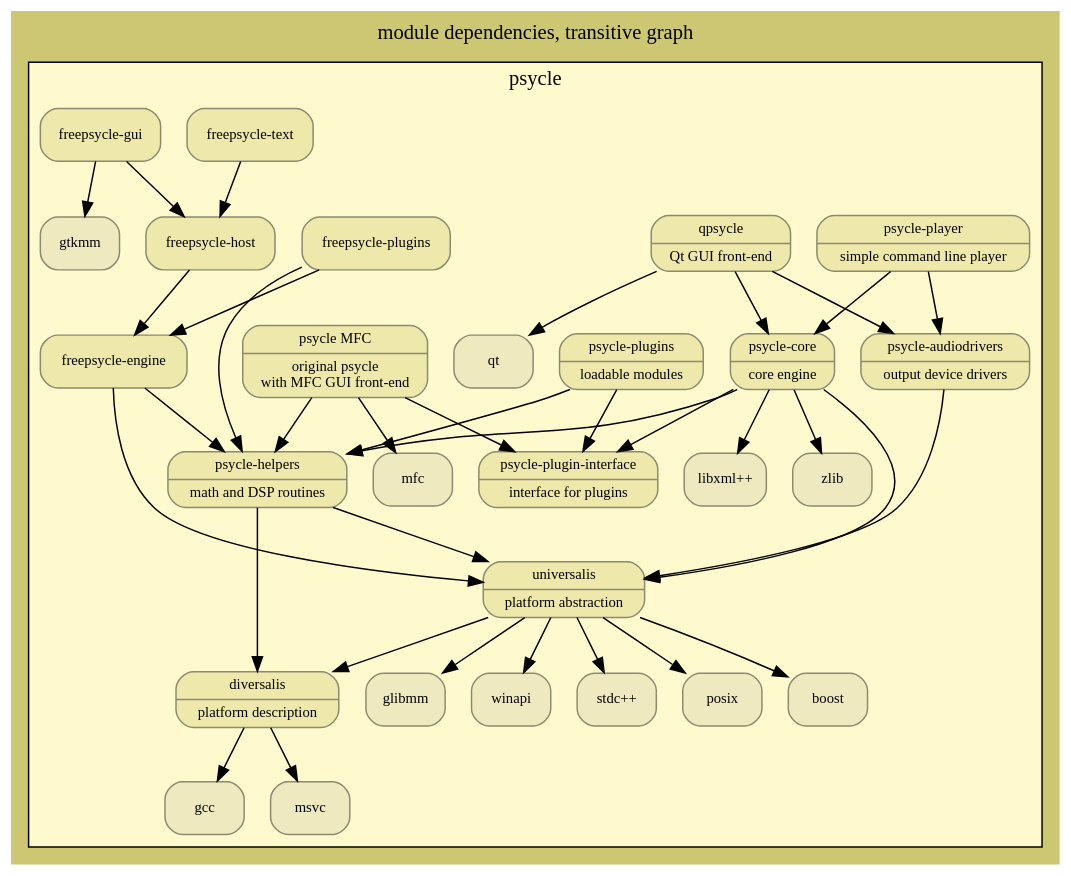
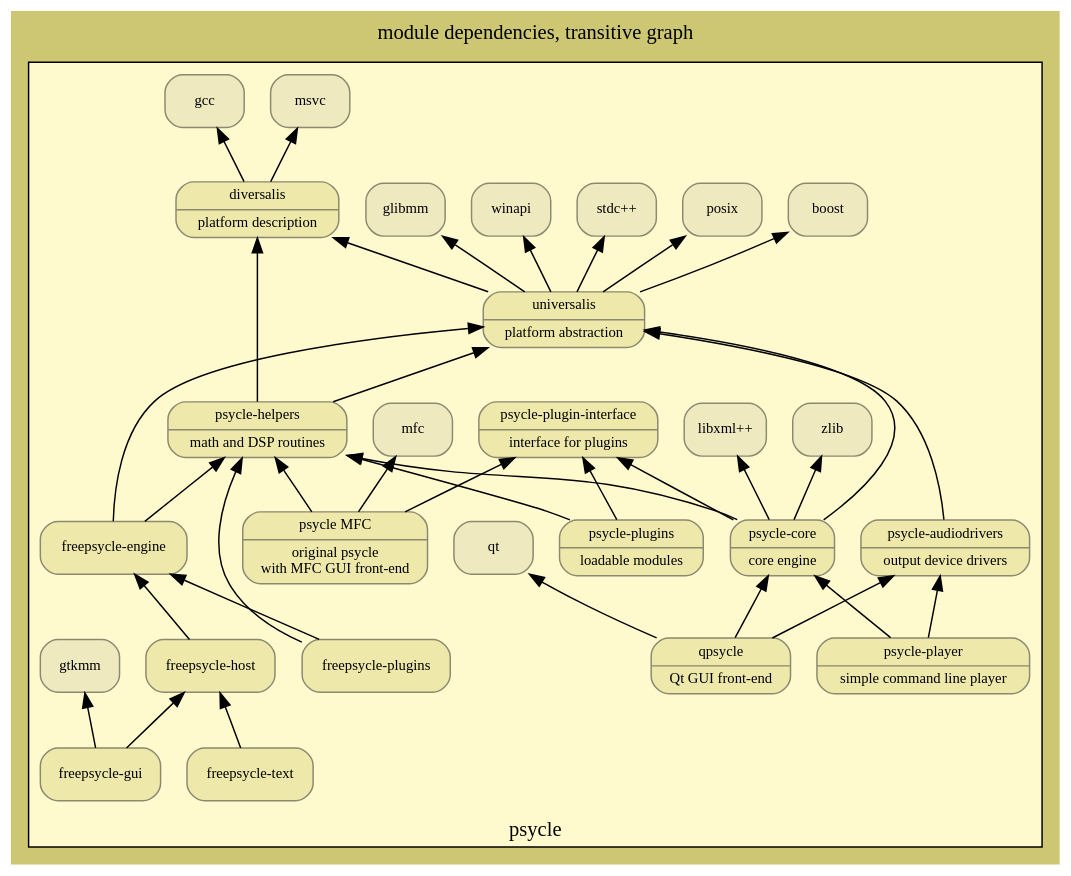
One commit to jpaquim/psycle changed the diagram in dependencies.dot. Above: the diagram before and after it, drawn with Graphviz. The commit also changed 19 other files, not shown here.

```diff
--- a/dependencies.dot
+++ b/dependencies.dot
@@ -1,146 +1,146 @@
 // generate the .png image file with: dot dependencies.dot -Tpng > dependencies.png
 digraph dependencies {
 	label = "module dependencies, transitive graph"
-	//rankdir = TB
+	rankdir = BT
 	//rankdir = LR
 	labelloc = t
 	fontname = verdana
 	fontsize = 14
 	bgcolor = khaki3
 	//concentrate = true // line concentrations
 	ratio = auto
 	node [
 		shape = Mrecord
 		style = rounded
 		color = lemonchiffon4
 		fillcolor = lemonchiffon1
 		fontname = verdana
 		fontsize = 10
 	]
 	
 	subgraph cluster_psycle {
 		label = "psycle"
 		bgcolor = lemonchiffon1
 		
 		node [ style = filled fillcolor = lemonchiffon2 ]
 		"stdc++"// [ label = "{ stdc++ | standard C++ library }" ];
 		//"stdc";
 		"posix";// [ label = "{ POSIX | Portable OS Interface }"];
 		"boost";// [ label = "{ boost | boost libraries }" ];
 		//"libsigc++";// [ label = "{ libsigc++ | signals and slots }" ];
 		"glibmm";// [ label = "{ glibmm | platform abstraction }" ];
 		//"gdkmm" [ label = "{ gdkmm | GUI Drawing Kit }" ];
 		"gtkmm";// [ label = "{ gtkmm | GUI Tool Kit }" ];
 		//"cairomm";
 		//"gnomecanvasmm";// [ label = "{ gnomecanvasmm | GNOME's canvas }" ];
 		//"pangomm";
 		//"atkmm";
 		"qt";// [ label = "{ Qt | Trolltech's libraries }"];
 		"libxml++";// [ label = "{ libXML++ | XML parsing }"];
 		"zlib";// [ label = "{ zlib | (de)compression }"];
 		"winapi";// [ label = "{ WinAPI | Microsoft's API }"];
 		"mfc";// [ label = "{ MFC | Microsoft's Foundation Classes }" ];
 		"gcc";// [ label = "{GCC | GNU C++ Compiler }" ];
 		"msvc";// [ label = "{ MSVC | Microsoft's Visual C++ compiler }" ];
 
 		//"boost" -> "stdc++";
 		//"glibmm" -> "stdc++";
 		//"glibmm" -> "glib";
 		//"glib" -> "stdc";
 		//"glibmm" -> "libsigc++";
 		//"gdkmm" -> "glibmm";
 		//"gdkmm" -> "stdc++";
 		//"gdkmm" -> "gdk";
 		//"gdk" -> "stdc";
 		//"gdkmm" -> "cairomm";
 		//"gtkmm" -> "pangomm";
 		//"gtkmm" -> "atkmm";
 		//"gtkmm" -> "gdkmm";
 		//"gtkmm" -> "glibmm";
 		//"gtkmm" -> "stdc++";
 		//"gtkmm" -> "gtk";
 		//"gtk" -> "stdc";
 		//"gnomecanvasmm" -> "gtkmm";
 		//"gnomecanvasmm" -> "stdc++";
 		//"gnomecanvasmm" -> "gnomecanvas";
 		//"gnomecanvas" -> "stdc";
 		//"qt" -> "stdc++";
 		//"libxml++" -> "stdc++";
 		//"zlib" -> "stdc";
 		//"mfc" -> "msvc";
 		
 		node [ style = filled fillcolor = palegoldenrod ]
 
 		"diversalis" [ label = "{ diversalis | platform description }" ];
 		"diversalis" -> "gcc";
 		"diversalis" -> "msvc";
 		
 		"universalis" [ label = "{ universalis | platform abstraction }" ];
 		"universalis" -> "diversalis";
 		"universalis" -> "boost";
 		"universalis" -> "glibmm";
 		"universalis" -> "posix";
 		"universalis" -> "stdc++";
 		"universalis" -> "winapi";
 		
 		"psycle-helpers" [ label = "{ psycle-helpers | math and DSP routines }" ];
 		"psycle-helpers" -> "universalis";
 		"psycle-helpers" -> "diversalis";
 	
 		"psycle-plugin-interface" [label = "{psycle-plugin-interface | interface for plugins }"];
 	
 		"psycle-core" [ label = "{ psycle-core | core engine }" ];
 		"psycle-core" -> "psycle-plugin-interface";
 		"psycle-core" -> "psycle-helpers";
 		"psycle-core" -> "universalis";
 		//"psycle-core" -> "boost";
 		"psycle-core" -> "zlib";
 		"psycle-core" -> "libxml++";
 	
 		"psycle-audiodrivers" [ label = "{ psycle-audiodrivers | output device drivers }"];
 		"psycle-audiodrivers" -> "universalis";
 		//"psycle-audiodrivers" -> "boost";
 	
 		"psycle-player" [ label = "{ psycle-player | simple command line player }"];
 		"psycle-player" -> "psycle-core";
 		"psycle-player" -> "psycle-audiodrivers";
 		//"psycle-player" -> "libxml++";
 	
 		"psycle-plugins" [ label = "{ psycle-plugins | loadable modules }"];
 		"psycle-plugins" -> "psycle-plugin-interface";
 		"psycle-plugins" -> "psycle-helpers";
 
 		"qpsycle" [ label = "{ qpsycle | Qt GUI front-end }" ];
 		"qpsycle" -> "qt";
 		"qpsycle" -> "psycle-core";
 		"qpsycle" -> "psycle-audiodrivers";
 		//"qpsycle" -> "universalis";
 		//"qpsycle" -> "boost";
 
 		"psycle-mfc" [ label = "{ psycle MFC | original psycle\nwith MFC GUI front-end }" ];
 		"psycle-mfc" -> "mfc";
 		"psycle-mfc" -> "psycle-plugin-interface";
 		"psycle-mfc" -> "psycle-helpers";
 		//"psycle-mfc" -> "universalis";
 		//"psycle-mfc" -> "boost";
 		
 		"freepsycle-engine" -> "universalis";
 		//"freepsycle-engine" -> "boost";
 		"freepsycle-engine" -> "psycle-helpers";
 		"freepsycle-plugins" -> "freepsycle-engine";
 		//"freepsycle-plugins" -> "universalis";
 		//"freepsycle-plugins" -> "boost";
 		"freepsycle-plugins" -> "psycle-helpers";
 		"freepsycle-host" -> "freepsycle-engine";
 		//"freepsycle-text" -> "freepsycle-engine";
 		"freepsycle-text" -> "freepsycle-host";
 		//"freepsycle-gui" -> "freepsycle-engine";
 		"freepsycle-gui" -> "freepsycle-host";
 		//"freepsycle-gui" -> "universalis";
 		//"freepsycle-gui" -> "boost" ;
 		//"freepsycle-gui" -> "glibmm";
 		"freepsycle-gui" -> "gtkmm";
 		//"freepsycle-gui" -> "gnomecanvasmm";
 		//"freepsycle-gui" -> "libsigc++";
 	}
 }
```
